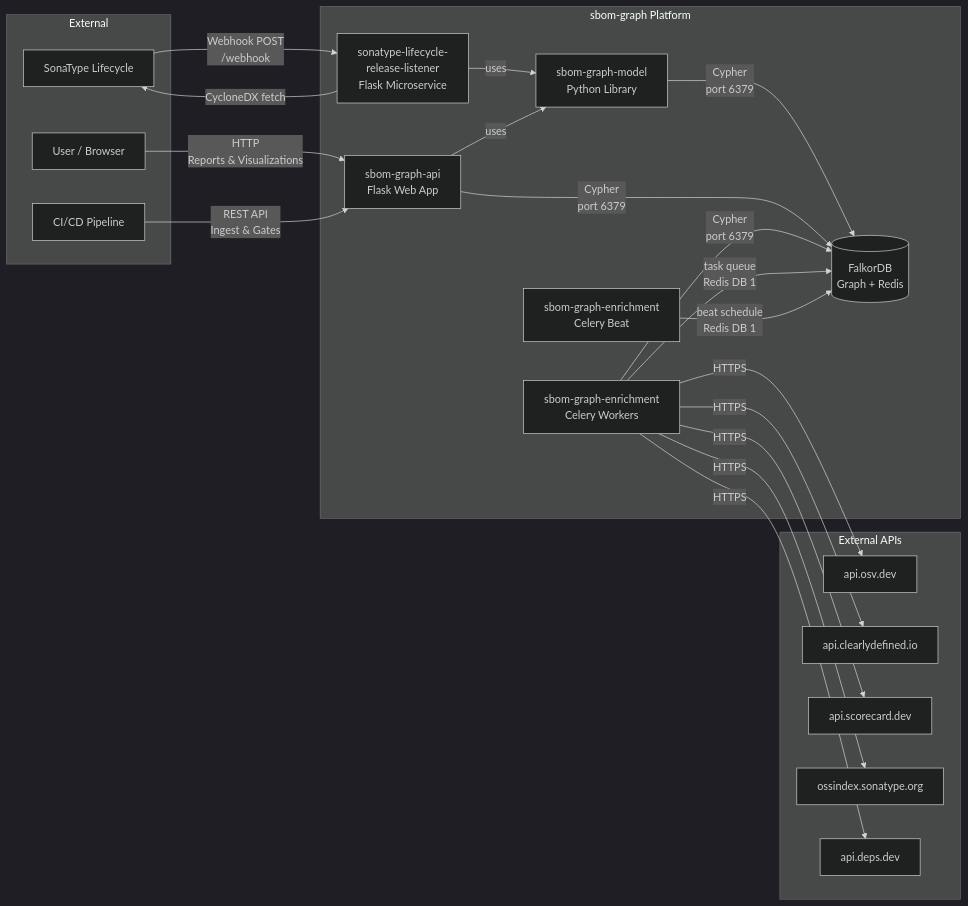
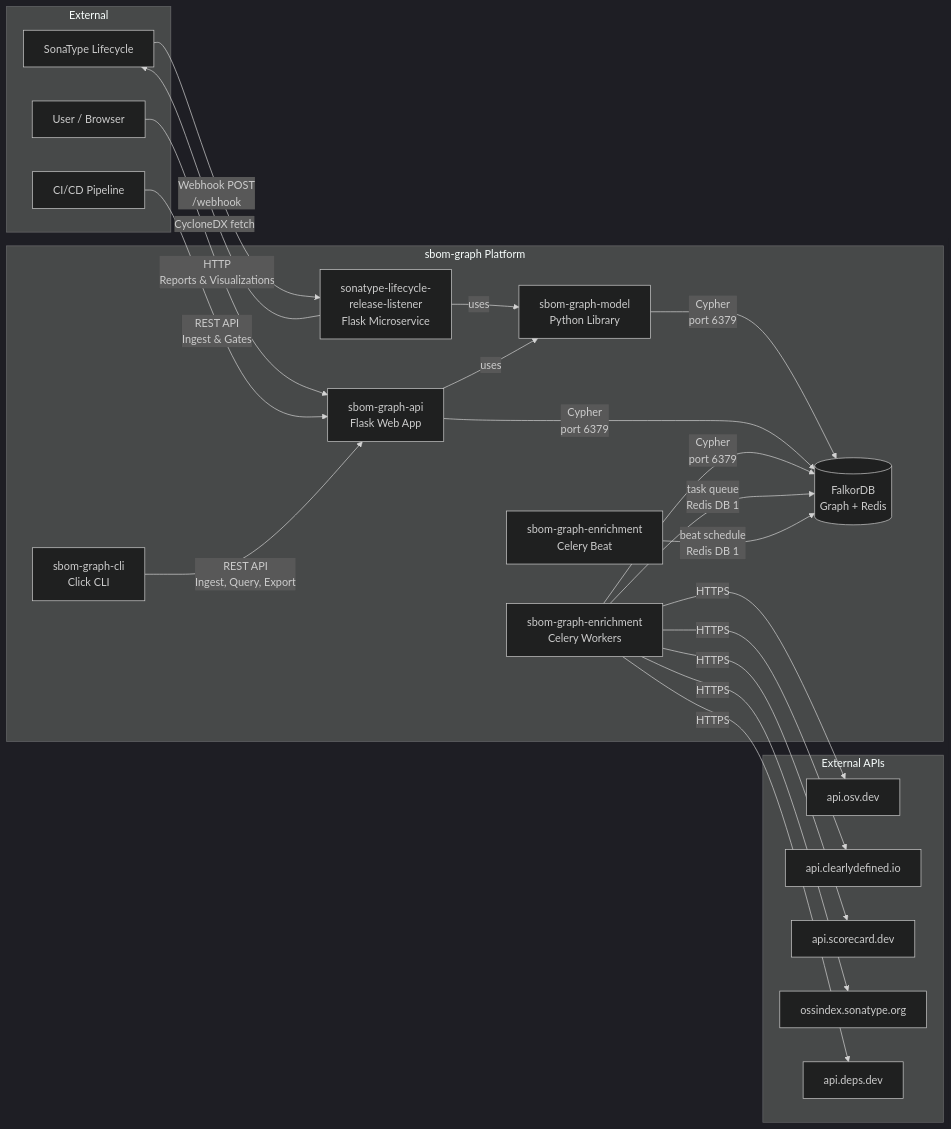
Before and after one commit to mimecast/sbom-graph: the first of 4 diagrams in SPECIFICATION.md, drawn with Mermaid (dark theme). The commit also changed other lines of this file and 142 other files, not shown here.

First line of the commit message:
Roadmap implementation: new CLI subproject, expanded API features, and cross-project quality hardening

````diff
--- a/SPECIFICATION.md
+++ b/SPECIFICATION.md
@@ -29,42 +29,44 @@
 ```mermaid
 graph LR
     subgraph External
         ST[SonaType Lifecycle]
         U[User / Browser]
         CI[CI/CD Pipeline]
     end
 
     subgraph "External APIs"
         OSV[api.osv.dev]
         CD[api.clearlydefined.io]
         SC[api.scorecard.dev]
         OI[ossindex.sonatype.org]
         DD[api.deps.dev]
     end
 
     subgraph "sbom-graph Platform"
         RL[sonatype-lifecycle-<br/>release-listener<br/>Flask Microservice]
         FDB[(FalkorDB<br/>Graph + Redis)]
         ADV[sbom-graph-api<br/>Flask Web App]
         ASM[sbom-graph-model<br/>Python Library]
         CW[sbom-graph-enrichment<br/>Celery Workers]
         CB[sbom-graph-enrichment<br/>Celery Beat]
+        CLI[sbom-graph-cli<br/>Click CLI]
     end
 
     ST -- "Webhook POST<br/>/webhook" --> RL
     RL -- "CycloneDX fetch" --> ST
     RL -- "uses" --> ASM
     ASM -- "Cypher<br/>port 6379" --> FDB
     ADV -- "Cypher<br/>port 6379" --> FDB
     ADV -- "uses" --> ASM
     U -- "HTTP<br/>Reports & Visualizations" --> ADV
     CI -- "REST API<br/>Ingest & Gates" --> ADV
+    CLI -- "REST API<br/>Ingest, Query, Export" --> ADV
     CW -- "Cypher<br/>port 6379" --> FDB
     CW -- "task queue<br/>Redis DB 1" --> FDB
     CB -- "beat schedule<br/>Redis DB 1" --> FDB
     CW -- "HTTPS" --> OSV
     CW -- "HTTPS" --> CD
     CW -- "HTTPS" --> SC
     CW -- "HTTPS" --> OI
     CW -- "HTTPS" --> DD
 ```
````
